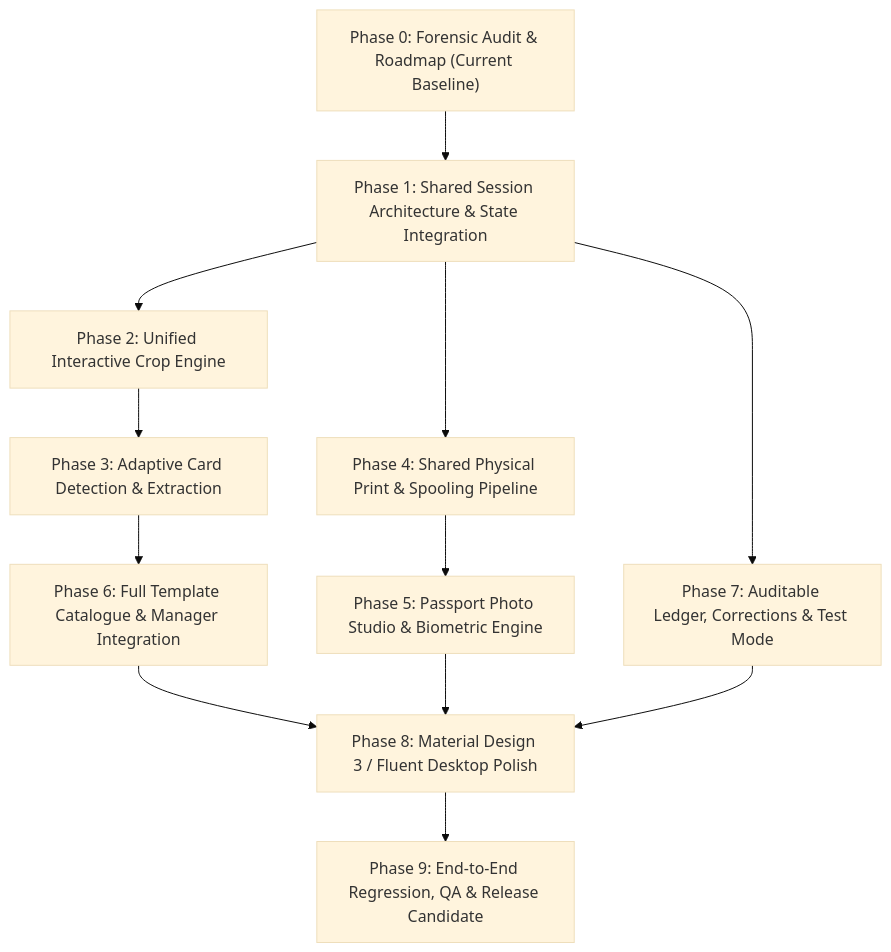
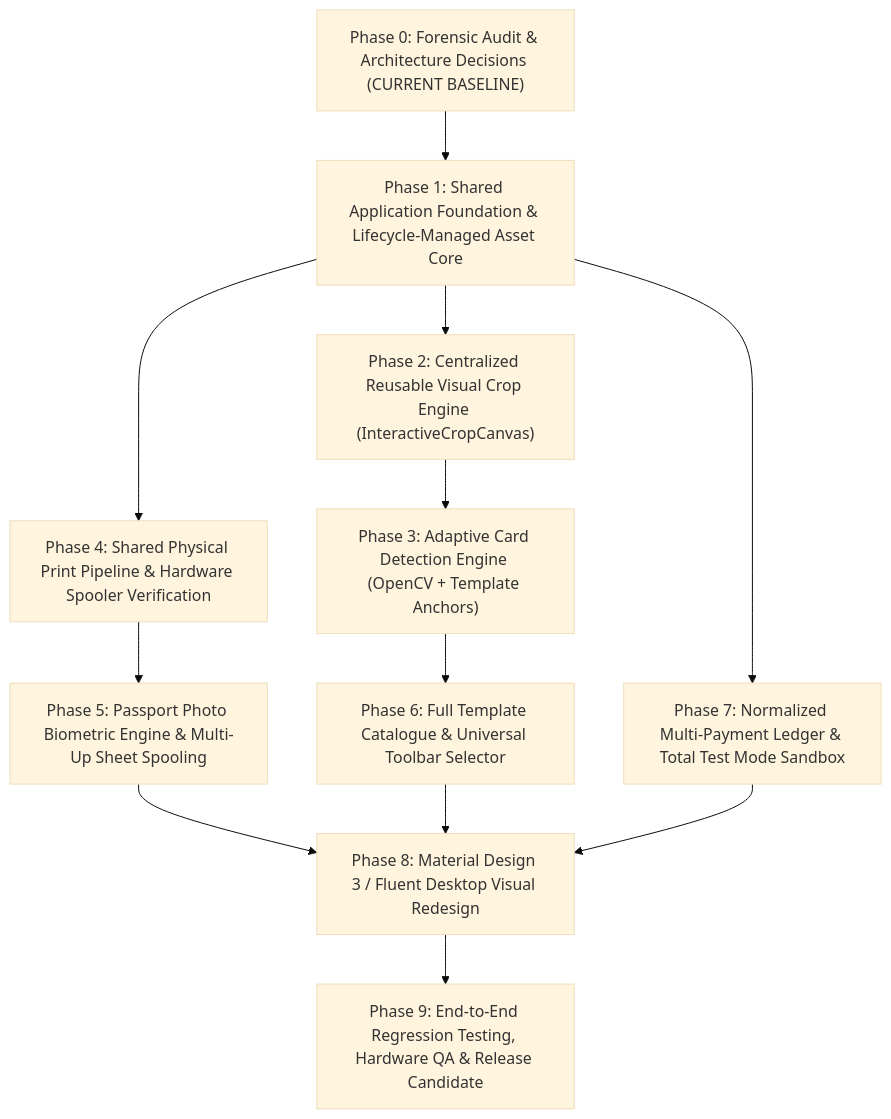
The diagram in docs/PHASED_IMPLEMENTATION_ROADMAP.md (vicky105285-collab/pvc-studio-pro), drawn with Mermaid (base theme) before and after one commit. The commit also changed other lines of this file and 6 other files, not shown here.

First line of the commit message:
docs(phase-0.1): revise architecture, ADRs, multi-payment ledger, crop engine and test mode specs

````diff
--- a/docs/PHASED_IMPLEMENTATION_ROADMAP.md
+++ b/docs/PHASED_IMPLEMENTATION_ROADMAP.md
@@ -12,25 +14,25 @@
 ```mermaid
 graph TD
-    P0["Phase 0: Forensic Audit & Roadmap (Current Baseline)"]
-    P1["Phase 1: Shared Session Architecture & State Integration"]
-    P2["Phase 2: Unified Interactive Crop Engine"]
-    P3["Phase 3: Adaptive Card Detection & Extraction"]
-    P4["Phase 4: Shared Physical Print & Spooling Pipeline"]
-    P5["Phase 5: Passport Photo Studio & Biometric Engine"]
-    P6["Phase 6: Full Template Catalogue & Manager Integration"]
-    P7["Phase 7: Auditable Ledger, Corrections & Test Mode"]
-    P8["Phase 8: Material Design 3 / Fluent Desktop Polish"]
-    P9["Phase 9: End-to-End Regression, QA & Release Candidate"]
+    P0["Phase 0: Forensic Audit & Architecture Decisions (CURRENT BASELINE)"]
+    P1["Phase 1: Shared Application Foundation & Lifecycle-Managed Asset Core"]
+    P2["Phase 2: Centralized Reusable Visual Crop Engine (InteractiveCropCanvas)"]
+    P3["Phase 3: Adaptive Card Detection Engine (OpenCV + Template Anchors)"]
+    P4["Phase 4: Shared Physical Print Pipeline & Hardware Spooler Verification"]
+    P5["Phase 5: Passport Photo Biometric Engine & Multi-Up Sheet Spooling"]
+    P6["Phase 6: Full Template Catalogue & Universal Toolbar Selector"]
+    P7["Phase 7: Normalized Multi-Payment Ledger & Total Test Mode Sandbox"]
+    P8["Phase 8: Material Design 3 / Fluent Desktop Visual Redesign"]
+    P9["Phase 9: End-to-End Regression Testing, Hardware QA & Release Candidate"]
 
     P0 --> P1
     P1 --> P2
     P1 --> P4
     P2 --> P3
     P3 --> P6
     P4 --> P5
     P1 --> P7
+    P5 --> P8
     P6 --> P8
-    P5 --> P8
     P7 --> P8
     P8 --> P9
 ```
````
